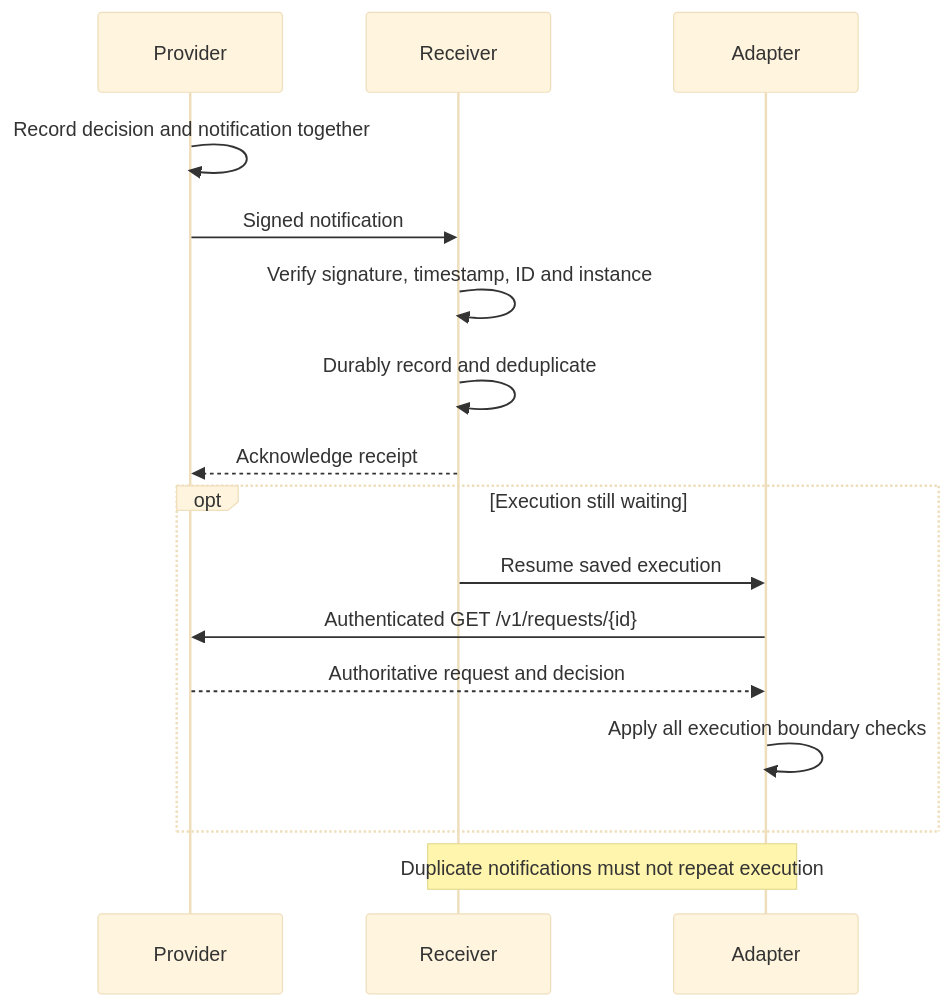
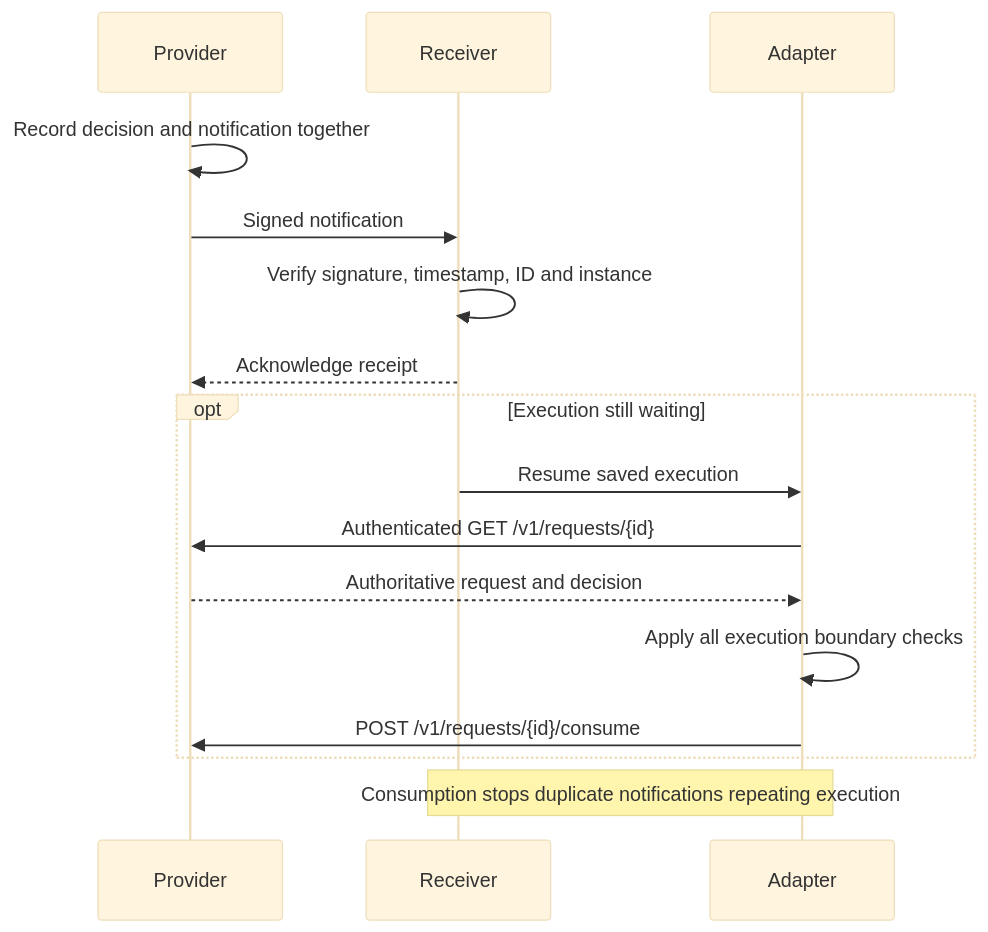
The second of 2 diagrams in docs/specification/8_security.md (agentapprovalprotocol/agentapprovalprotocol), drawn with Mermaid (base theme) before and after one commit. The commit also changed other lines of this file and 16 other files, not shown here.

First line of the commit message:
Consume approvals at the provider and report outcomes (#52)

````diff
--- a/docs/specification/8_security.md
+++ b/docs/specification/8_security.md
@@ -159,20 +161,20 @@
 ```mermaid
 sequenceDiagram
     accTitle: A notification does not grant permission to execute
-    accDescr: The provider records the decision and notification together. The receiver verifies and durably records the notification before acknowledging it. For an execution still waiting, the adapter fetches the authoritative request through the authenticated API and applies all execution checks. Duplicate notifications do not repeat execution.
+    accDescr: The provider records the decision and notification together. The receiver verifies the notification and acknowledges it. For an execution still waiting, the adapter fetches the authoritative request through the authenticated API, applies all execution checks and consumes the approval. Duplicate notifications cannot repeat execution because an approval is consumed once.
     participant Provider
     participant Receiver
     participant Adapter
     Provider->>Provider: Record decision and notification together
     Provider->>Receiver: Signed notification
     Receiver->>Receiver: Verify signature, timestamp, ID and instance
-    Receiver->>Receiver: Durably record and deduplicate
     Receiver-->>Provider: Acknowledge receipt
     opt Execution still waiting
         Receiver->>Adapter: Resume saved execution
         Adapter->>Provider: Authenticated GET /v1/requests/{id}
         Provider-->>Adapter: Authoritative request and decision
         Adapter->>Adapter: Apply all execution boundary checks
+        Adapter->>Provider: POST /v1/requests/{id}/consume
     end
-    Note over Receiver,Adapter: Duplicate notifications must not repeat execution
+    Note over Receiver,Adapter: Consumption stops duplicate notifications repeating execution
 ```
````
